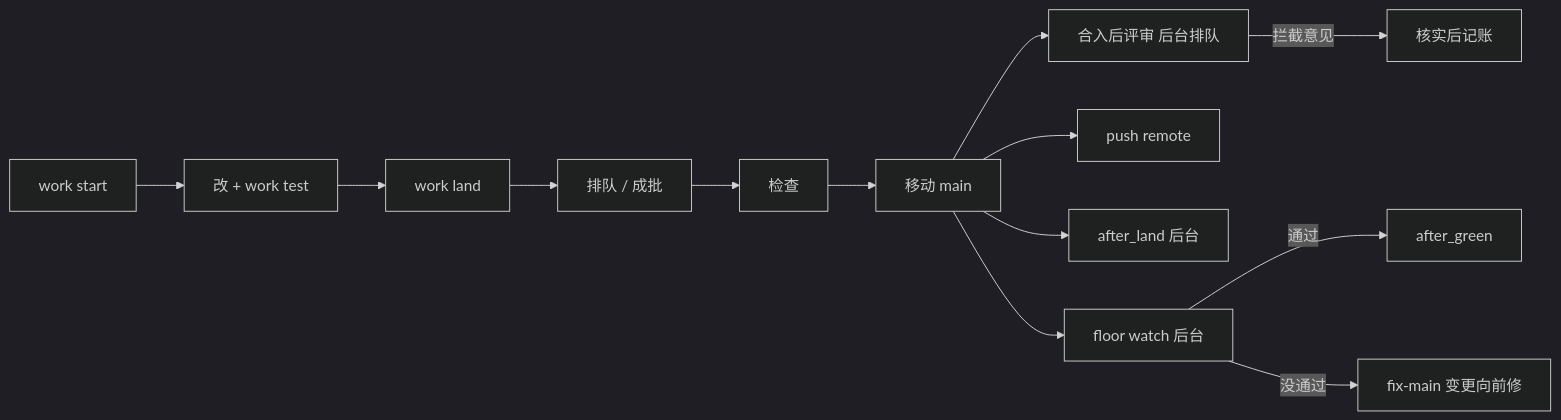
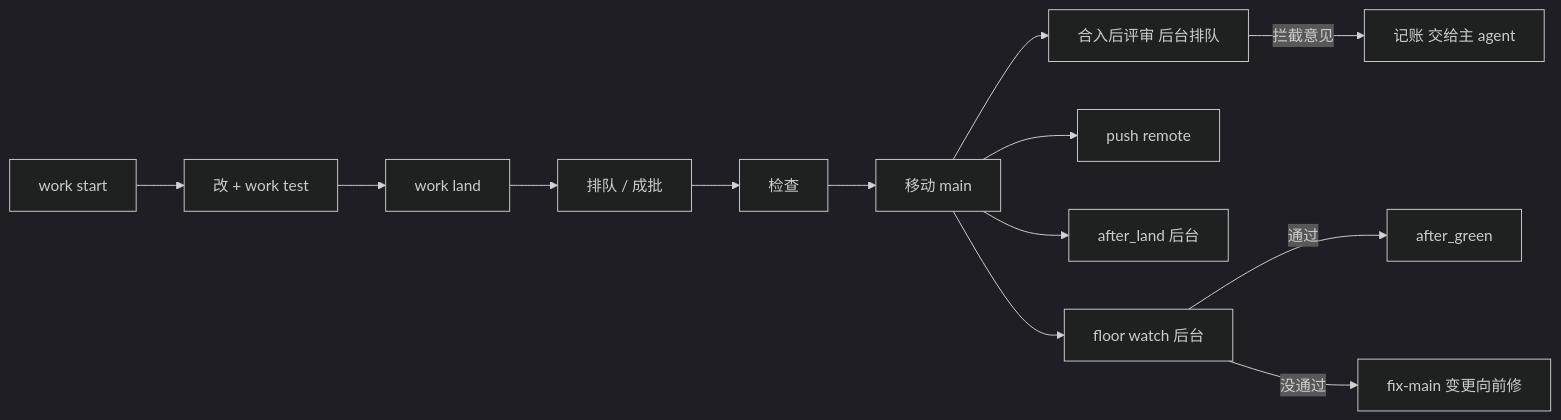
One commit to daniel1zz/canon changed the diagram in canon/architecture.md. Above: the diagram before and after it, drawn with Mermaid (dark theme). The commit also changed other lines of this file and 33 other files, not shown here.

````diff
--- a/canon/architecture.md
+++ b/canon/architecture.md
@@ -83,12 +83,12 @@
 ```mermaid
 flowchart LR
   A[work start] --> B[改 + work test] --> C[work land]
   C --> D[排队 / 成批]
   D --> E[检查]
   E --> F[移动 main]
-  F --> L[合入后评审 后台排队] -->|拦截意见| M[核实后记账]
+  F --> L[合入后评审 后台排队] -->|拦截意见| M[记账 交给主 agent]
   F --> G[push remote]
   F --> H[after_land 后台]
   F --> I[floor watch 后台] -->|通过| J[after_green]
   I -->|没通过| K[fix-main 变更向前修]
 ```
````
